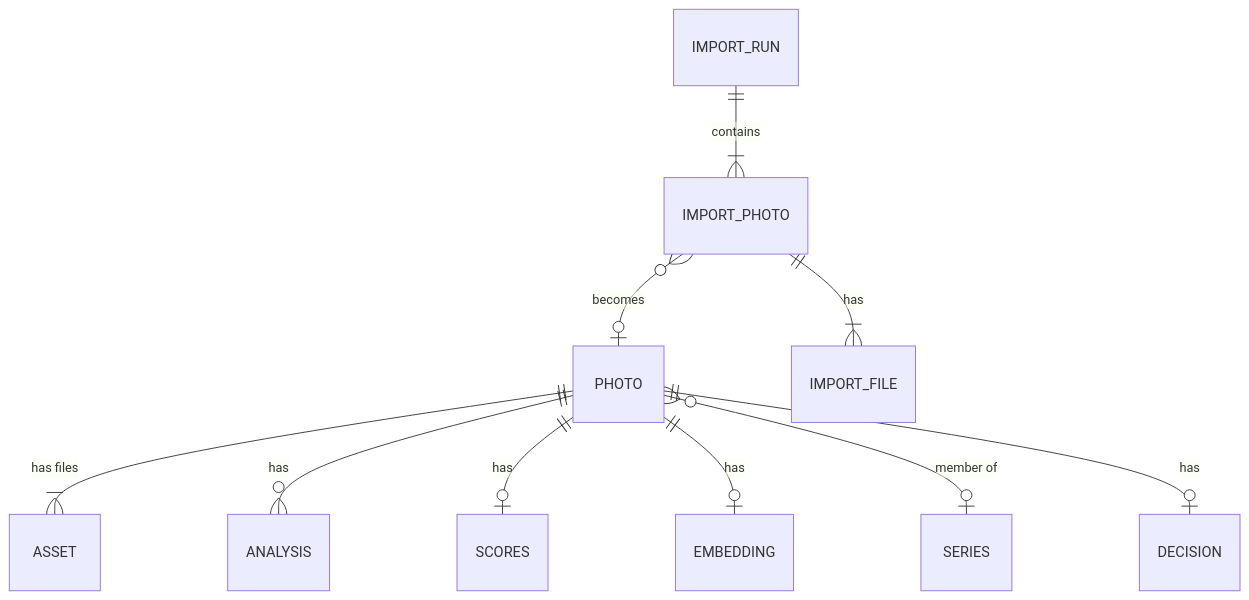
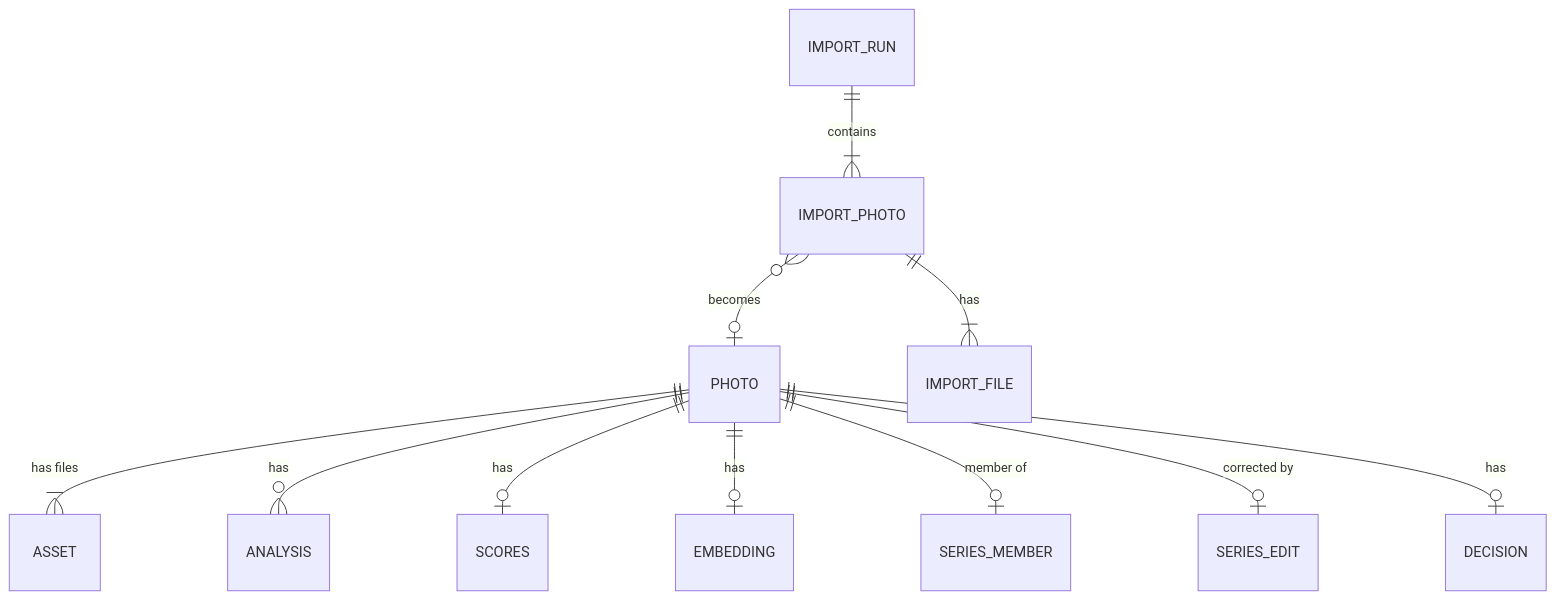
Before and after one commit to denyszorinets/picturesque: the first of 2 diagrams in docs/architecture/data.rst, drawn with Mermaid. The commit also changed other lines of this file and 40 other files, not shown here.

```diff
--- a/docs/architecture/data.rst
+++ b/docs/architecture/data.rst
@@ -34,12 +34,13 @@
 .. mermaid::
 
    erDiagram
      PHOTO ||--|{ ASSET : "has files"
      PHOTO ||--o{ ANALYSIS : has
      PHOTO ||--o| SCORES : has
      PHOTO ||--o| EMBEDDING : has
-     PHOTO }o--o| SERIES : "member of"
+     PHOTO ||--o| SERIES_MEMBER : "member of"
+     PHOTO ||--o| SERIES_EDIT : "corrected by"
      PHOTO ||--o| DECISION : has
      IMPORT_RUN ||--|{ IMPORT_PHOTO : contains
      IMPORT_PHOTO ||--|{ IMPORT_FILE : has
      IMPORT_PHOTO }o--o| PHOTO : "becomes"
```
